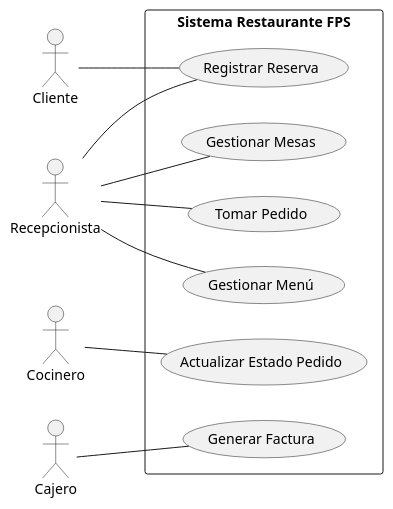
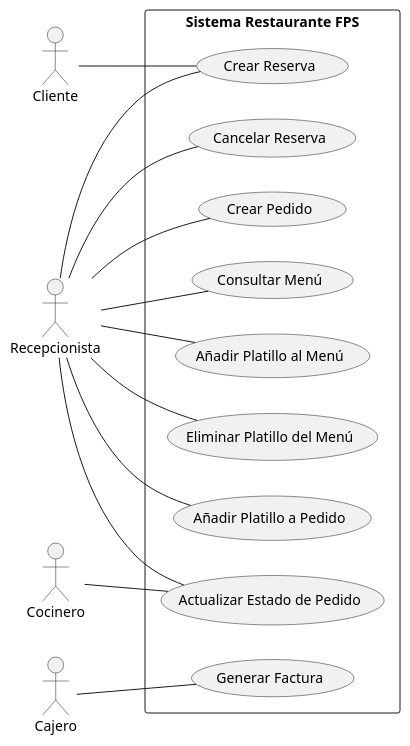
Before and after one commit to luisssfps/proyecto-fps: the diagram in diagrams/use_case_diagram.puml, drawn with PlantUML. The commit also changed 4 other files, not shown here.

Commit message:
actualizando diagramas y archivo readme

```diff
--- a/diagrams/use_case_diagram.puml
+++ b/diagrams/use_case_diagram.puml
@@ -1,31 +1,38 @@
 @startuml
 ' Diagrama de Casos de Uso del Sistema de Restaurante FPS
 
 left to right direction
 
 actor "Cliente" as Client
 actor "Recepcionista" as Receptionist
 actor "Cocinero" as Cook
 actor "Cajero" as Cashier
 
 rectangle "Sistema Restaurante FPS" {
-  usecase "Gestionar Menú" as UC1
-  usecase "Registrar Reserva" as UC2
-  usecase "Tomar Pedido" as UC3
-  usecase "Actualizar Estado Pedido" as UC4
-  usecase "Generar Factura" as UC5
-  usecase "Gestionar Mesas" as UC6
+  usecase "Consultar Menú" as UC1
+  usecase "Añadir Platillo al Menú" as UC2
+  usecase "Eliminar Platillo del Menú" as UC3
+  usecase "Crear Reserva" as UC4
+  usecase "Cancelar Reserva" as UC5
+  usecase "Crear Pedido" as UC6
+  usecase "Añadir Platillo a Pedido" as UC7
+  usecase "Actualizar Estado de Pedido" as UC8
+  usecase "Generar Factura" as UC9
 }
 
 Receptionist -- UC1
 Receptionist -- UC2
 Receptionist -- UC3
+Receptionist -- UC4
+Receptionist -- UC5
 Receptionist -- UC6
+Receptionist -- UC7
+Receptionist -- UC8
 
-Client -- UC2
+Client -- UC4
 
-Cook -- UC4
+Cook -- UC8
 
-Cashier -- UC5
+Cashier -- UC9
 
 @enduml
```
